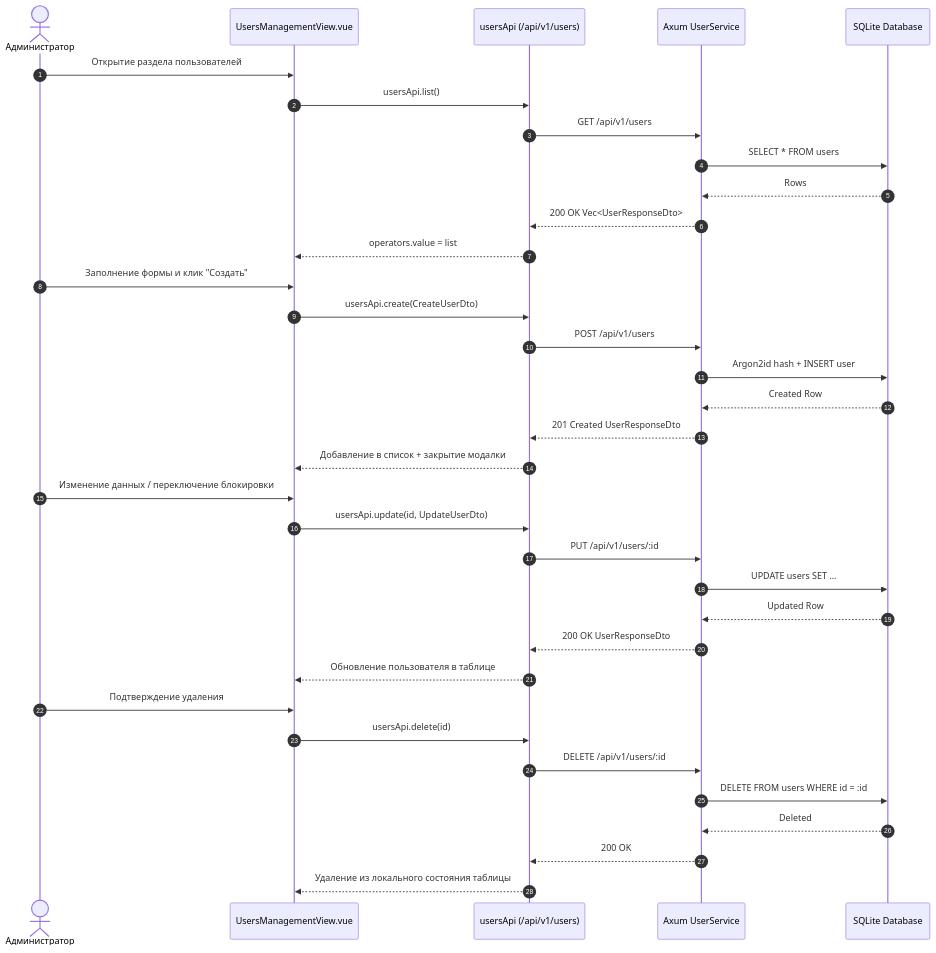
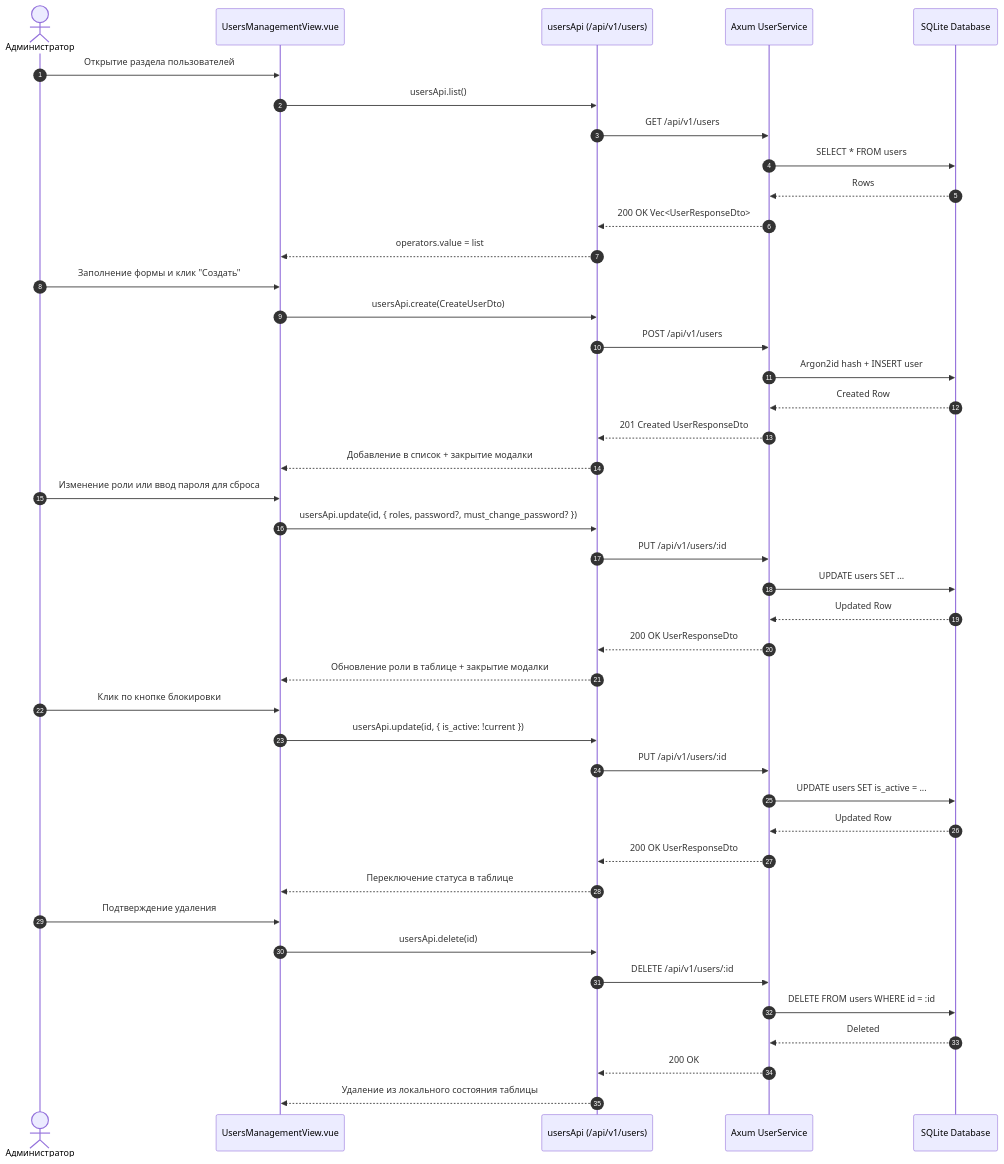
The diagram in docs/architecture/UsersManagement.md (Apofixc/AetherCore), drawn with Mermaid before and after one commit. The commit also changed 10 other files, not shown here.

Commit message:
refactor: update user first-time setup flow to support custom username and simplify admin user management UI

````diff
--- a/docs/architecture/UsersManagement.md
+++ b/docs/architecture/UsersManagement.md
@@ -5,45 +5,54 @@
 ```mermaid
 sequenceDiagram
     autonumber
     actor Admin as Администратор
     participant View as UsersManagementView.vue
     participant API as usersApi (/api/v1/users)
     participant Server as Axum UserService
     participant SQLite as SQLite Database
 
     %% Загрузка списка
     Admin->>View: Открытие раздела пользователей
     View->>API: usersApi.list()
     API->>Server: GET /api/v1/users
     Server->>SQLite: SELECT * FROM users
     SQLite-->>Server: Rows
     Server-->>API: 200 OK Vec<UserResponseDto>
     API-->>View: operators.value = list
 
     %% Создание пользователя
     Admin->>View: Заполнение формы и клик "Создать"
     View->>API: usersApi.create(CreateUserDto)
     API->>Server: POST /api/v1/users
     Server->>SQLite: Argon2id hash + INSERT user
     SQLite-->>Server: Created Row
     Server-->>API: 201 Created UserResponseDto
     API-->>View: Добавление в список + закрытие модалки
 
-    %% Редактирование / Блокировка
-    Admin->>View: Изменение данных / переключение блокировки
-    View->>API: usersApi.update(id, UpdateUserDto)
+    %% Редактирование роли / Сброс пароля
+    Admin->>View: Изменение роли или ввод пароля для сброса
+    View->>API: usersApi.update(id, { roles, password?, must_change_password? })
     API->>Server: PUT /api/v1/users/:id
     Server->>SQLite: UPDATE users SET ...
     SQLite-->>Server: Updated Row
     Server-->>API: 200 OK UserResponseDto
-    API-->>View: Обновление пользователя в таблице
+    API-->>View: Обновление роли в таблице + закрытие модалки
+
+    %% Блокировка / Разблокировка
+    Admin->>View: Клик по кнопке блокировки
+    View->>API: usersApi.update(id, { is_active: !current })
+    API->>Server: PUT /api/v1/users/:id
+    Server->>SQLite: UPDATE users SET is_active = ...
+    SQLite-->>Server: Updated Row
+    Server-->>API: 200 OK UserResponseDto
+    API-->>View: Переключение статуса в таблице
 
     %% Удаление
     Admin->>View: Подтверждение удаления
     View->>API: usersApi.delete(id)
     API->>Server: DELETE /api/v1/users/:id
     Server->>SQLite: DELETE FROM users WHERE id = :id
     SQLite-->>Server: Deleted
     Server-->>API: 200 OK
     API-->>View: Удаление из локального состояния таблицы
 ```
````
